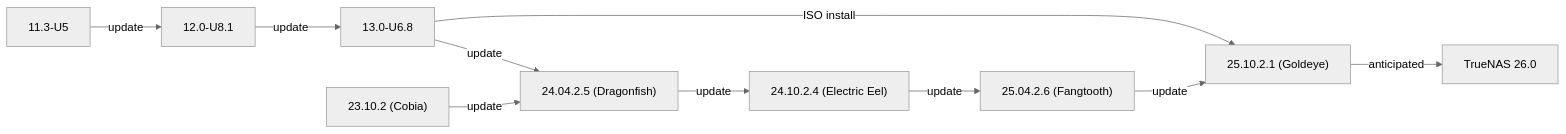
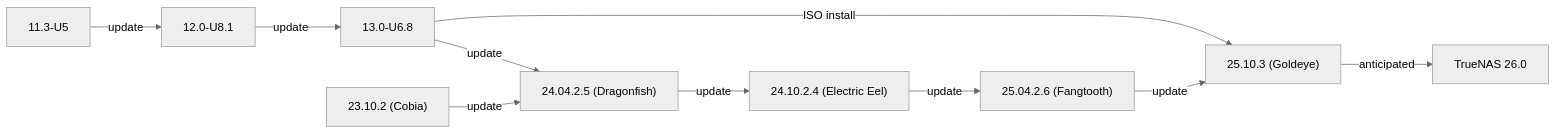
The second of 2 diagrams in static/includes/SCALEUpgradePaths.md (truenas/documentation), drawn with Mermaid (neutral theme) before and after one commit. The commit also changed other lines of this file and 1 other file, not shown here.

Commit message:
Update 25.10 latest release to 25.10.3 in scale-releases.yaml and SCALEUpgradePaths.md

```diff
--- a/static/includes/SCALEUpgradePaths.md
+++ b/static/includes/SCALEUpgradePaths.md
@@ -53,13 +53,13 @@
             {{< mermaid class="mermaid_sizing" >}}
             flowchart LR
               A["11.3-U5"] -->|update| B
               B["12.0-U8.1"] -->|update| C
               C["13.0-U6.8"] -->|ISO install| H
               C -->|update| E
               D["23.10.2 (Cobia)"] -->|update| E
               E["24.04.2.5 (Dragonfish)"]  -->|update| F
               F["24.10.2.4 (Electric Eel)"] -->|update| G
               G["25.04.2.6 (Fangtooth)"] -->|update| H
-              H["25.10.2.1 (Goldeye)"] -->|"anticipated"| I
+              H["25.10.3 (Goldeye)"] -->|"anticipated"| I
               I["TrueNAS 26.0"]
             {{< /mermaid >}}
```
